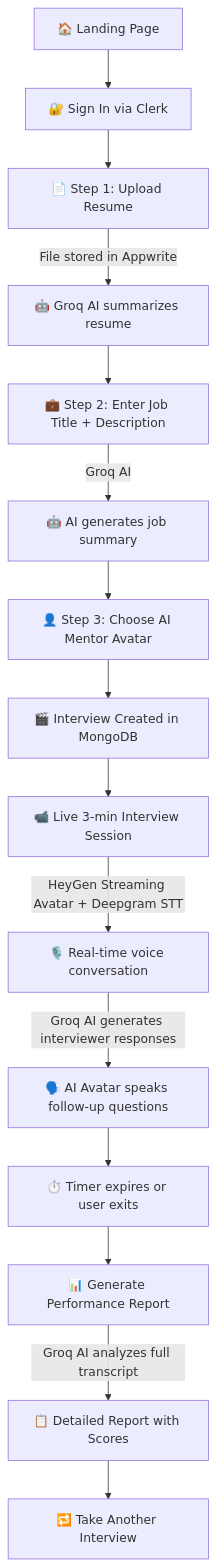
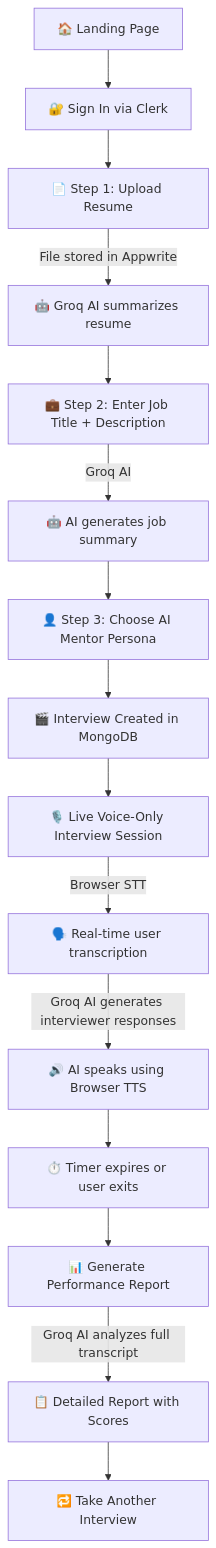
One commit to ShivamYash742/NexHack-Pro changed the diagram in README.md. Above: the diagram before and after it, drawn with Mermaid. The commit also changed other lines of this file and 17 other files, not shown here.

````diff
--- a/README.md
+++ b/README.md
@@ -24,17 +24,17 @@
 ```mermaid
 flowchart TD
     A[🏠 Landing Page] --> B[🔐 Sign In via Clerk]
     B --> C[📄 Step 1: Upload Resume]
     C -->|File stored in Appwrite| D[🤖 Groq AI summarizes resume]
     D --> E[💼 Step 2: Enter Job Title + Description]
     E -->|Groq AI| F[🤖 AI generates job summary]
-    F --> G[👤 Step 3: Choose AI Mentor Avatar]
+    F --> G[👤 Step 3: Choose AI Mentor Persona]
     G --> H[🎬 Interview Created in MongoDB]
-    H --> I[📹 Live 3-min Interview Session]
-    I -->|HeyGen Streaming Avatar + Deepgram STT| J[🎙️ Real-time voice conversation]
-    J -->|Groq AI generates interviewer responses| K[🗣️ AI Avatar speaks follow-up questions]
+    H --> I[🎙️ Live Voice-Only Interview Session]
+    I -->|Browser STT| J[🗣️ Real-time user transcription]
+    J -->|Groq AI generates interviewer responses| K[🔊 AI speaks using Browser TTS]
     K --> L[⏱️ Timer expires or user exits]
     L --> M[📊 Generate Performance Report]
     M -->|Groq AI analyzes full transcript| N[📋 Detailed Report with Scores]
     N --> O[🔁 Take Another Interview]
 ```
````
